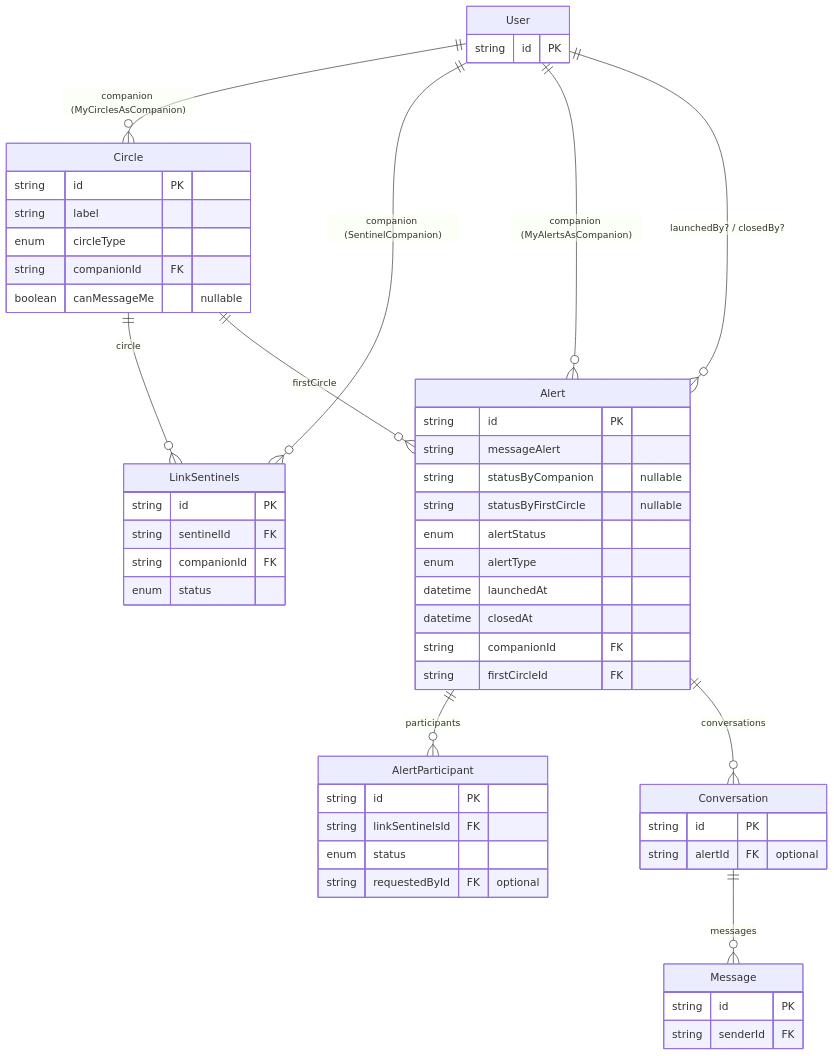
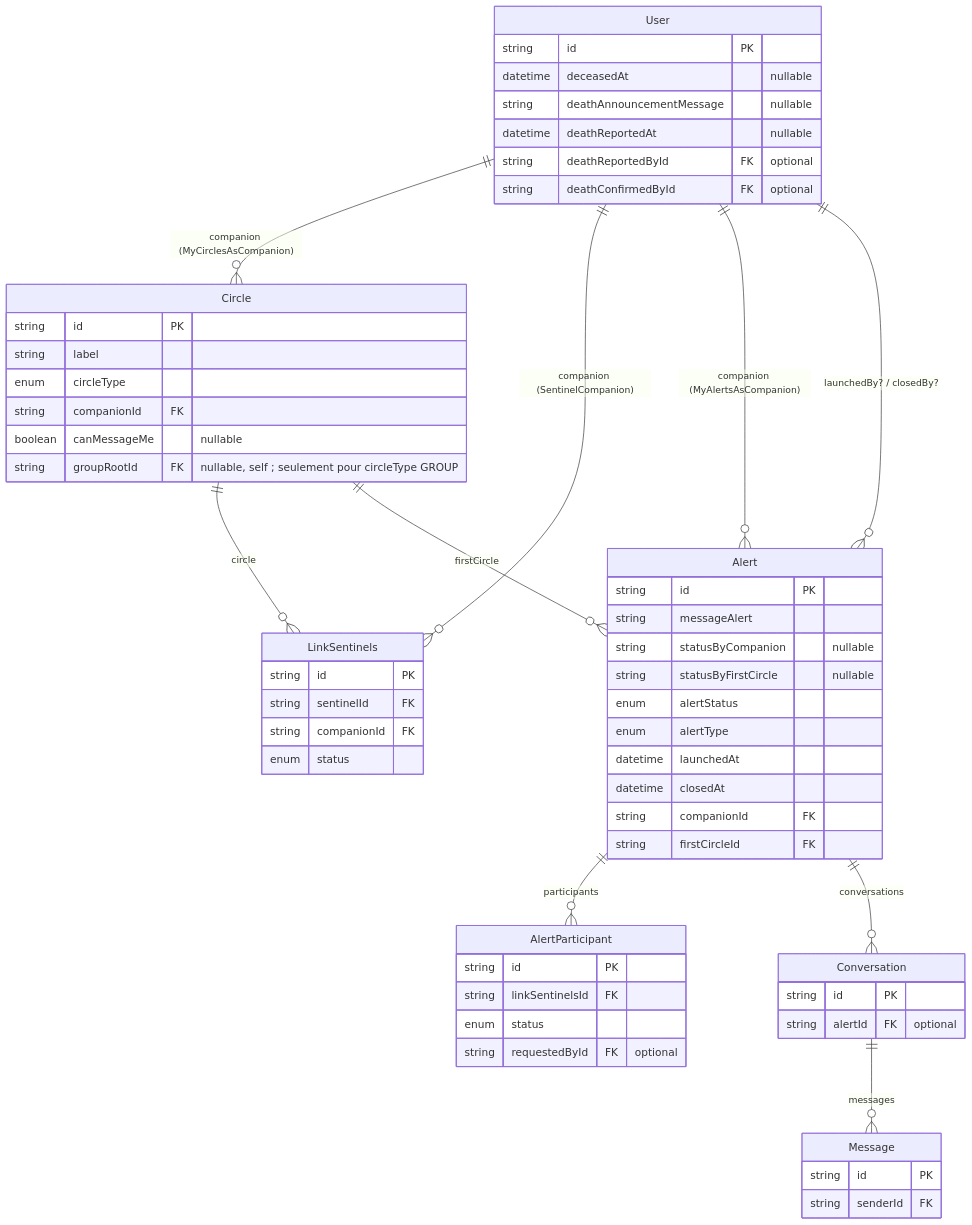
Before and after one commit to Sylvfo/MySentinelCircle: the third of 5 diagrams in backend/prisma/DB_schema.md, drawn with Mermaid. The commit also changed other lines of this file and 16 other files, not shown here.

````diff
--- a/backend/prisma/DB_schema.md
+++ b/backend/prisma/DB_schema.md
@@ -209,55 +243,61 @@
 ```mermaid
 erDiagram
   User          ||--o{ Circle             : "companion (MyCirclesAsCompanion)"
   User          ||--o{ LinkSentinels      : "companion (SentinelCompanion)"
   User          ||--o{ Alert              : "companion (MyAlertsAsCompanion)"
   User          ||--o{ Alert              : "launchedBy? / closedBy?"
   Circle        ||--o{ LinkSentinels      : "circle"
   Circle        ||--o{ Alert              : "firstCircle"
   Alert         ||--o{ AlertParticipant   : "participants"
   Alert         ||--o{ Conversation       : "conversations"
   Conversation  ||--o{ Message            : "messages"
 
   User {
     string id PK
+    datetime deceasedAt "nullable"
+    string deathAnnouncementMessage "nullable"
+    datetime deathReportedAt "nullable"
+    string deathReportedById FK "optional"
+    string deathConfirmedById FK "optional"
   }
   Circle {
     string id PK
     string label
     enum   circleType
     string companionId FK
     boolean canMessageMe "nullable"
+    string groupRootId FK "nullable, self ; seulement pour circleType GROUP"
   }
   LinkSentinels {
     string id PK
     string sentinelId FK
     string companionId FK
     enum   status
   }
   Alert {
     string id PK
     string messageAlert
     string statusByCompanion "nullable"
     string statusByFirstCircle "nullable"
     enum   alertStatus
     enum   alertType
     datetime launchedAt
     datetime closedAt
     string companionId FK
     string firstCircleId FK
   }
   AlertParticipant {
     string id PK
     string linkSentinelsId FK
     enum   status
     string requestedById FK "optional"
   }
   Conversation {
     string id PK
     string alertId FK "optional"
   }
   Message {
     string id PK
     string senderId FK
   }
 ```
````
